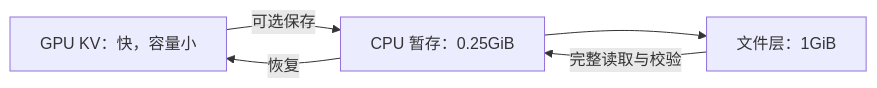
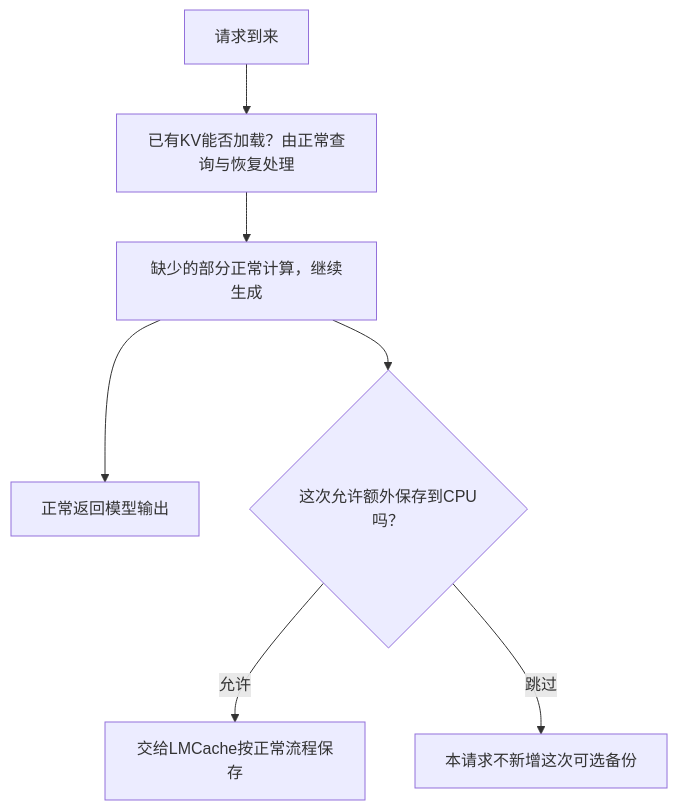
One commit to emprorsky/vllm_xxy changed diagram 24 of 37 in Documents_xxy/20261019最终面试向理解文档.md. Above: the diagram before and after it, drawn with Mermaid. The commit also changed other lines of this file and 4 other files, not shown here.

````diff
--- a/Documents_xxy/20261019最终面试向理解文档.md
+++ b/Documents_xxy/20261019最终面试向理解文档.md
@@ -1188,7 +1290,9 @@
 ```mermaid
-flowchart LR
-    G["GPU KV：快，容量小"] -->|"可选保存"| C["CPU 暂存：0.25GiB"]
-    C --> F["文件层：1GiB"]
-    F -->|"完整读取与校验"| C
-    C -->|"恢复"| G
+flowchart TB
+    A["请求到来"] --> B["已有KV能否加载？由正常查询与恢复处理"]
+    B --> C["缺少的部分正常计算，继续生成"]
+    C --> D["正常返回模型输出"]
+    C --> E{"这次允许额外保存到CPU吗？"}
+    E -->|"允许"| F["交给LMCache按正常流程保存"]
+    E -->|"跳过"| G["本请求不新增这次可选备份"]
 ```
````
